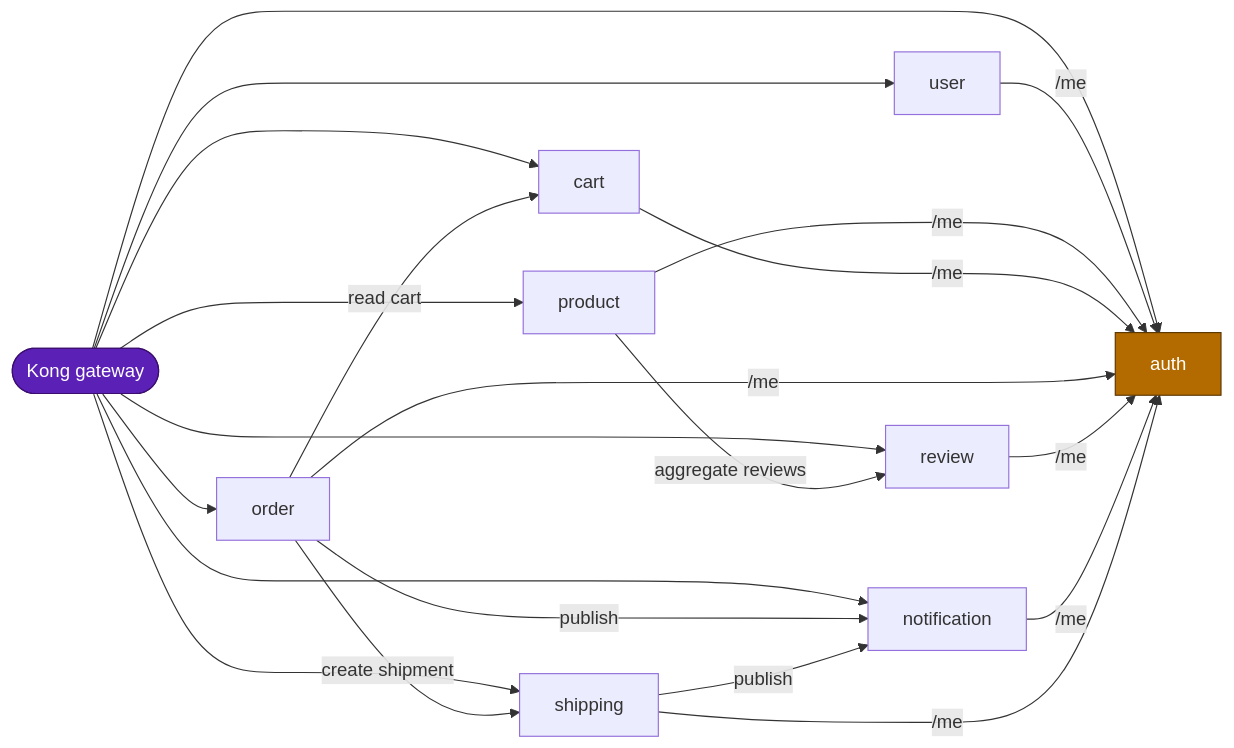
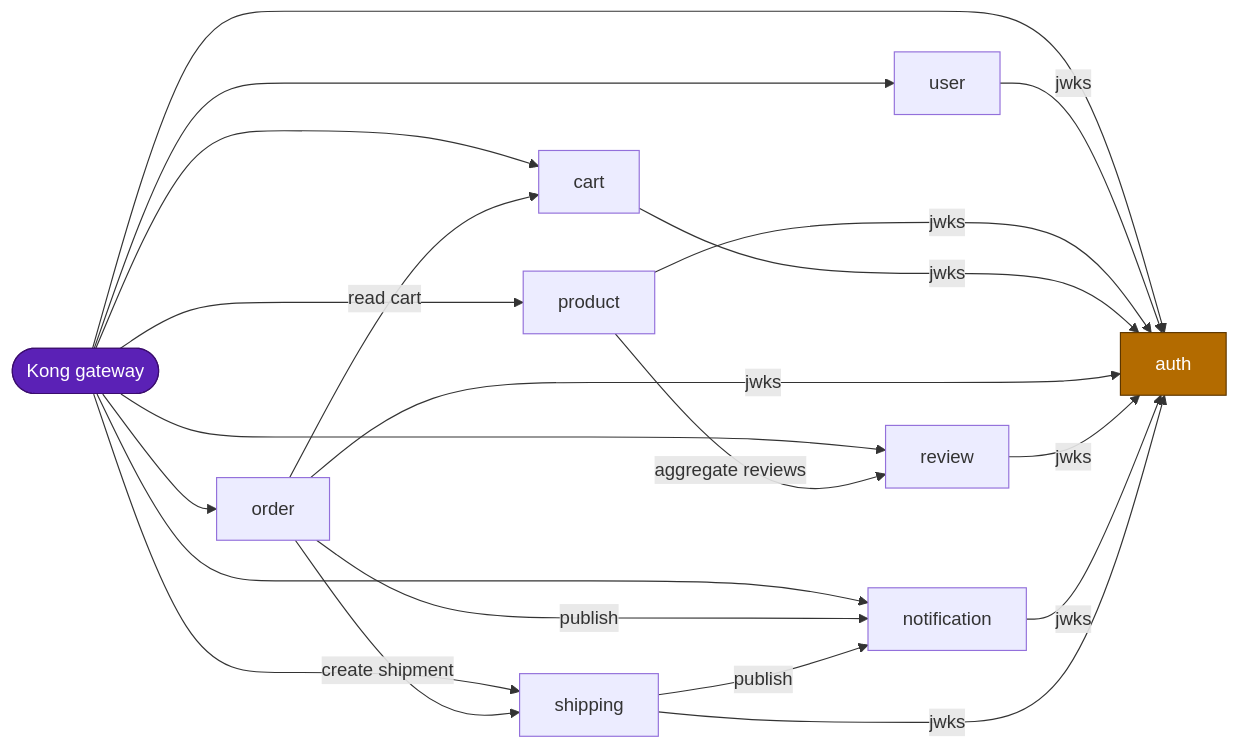
Before and after one commit to duynhlab/homelab: the second of 3 diagrams in docs/security/network-policies.md, drawn with Mermaid. The commit also changed other lines of this file and 8 other files, not shown here.

````diff
--- a/docs/security/network-policies.md
+++ b/docs/security/network-policies.md
@@ -101,28 +103,28 @@
 ```mermaid
 flowchart LR
     KONG([Kong gateway]):::gw
     AUTH[auth]:::hub
     USER[user]
     PRODUCT[product]
     CART[cart]
     ORDER[order]
     REVIEW[review]
     NOTIF[notification]
     SHIP[shipping]
 
     %% North-south: gateway may reach every service
     KONG --> AUTH & USER & PRODUCT & CART & ORDER & REVIEW & NOTIF & SHIP
 
-    %% JWT validation hub: every service → auth /me
-    USER & PRODUCT & CART & ORDER & REVIEW & NOTIF & SHIP -->|"/me"| AUTH
+    %% JWKS hub: every service → auth /auth/v1/public/jwks (cached fetch)
+    USER & PRODUCT & CART & ORDER & REVIEW & NOTIF & SHIP -->|"jwks"| AUTH
 
     %% Business east-west
     PRODUCT -->|aggregate reviews| REVIEW
     ORDER -->|read cart| CART
     ORDER -->|create shipment| SHIP
     ORDER -->|publish| NOTIF
     SHIP -->|publish| NOTIF
 
     classDef gw fill:#5b21b6,color:#fff,stroke:#3b0d6e
     classDef hub fill:#b36b00,color:#fff,stroke:#5c3600
 ```
````
